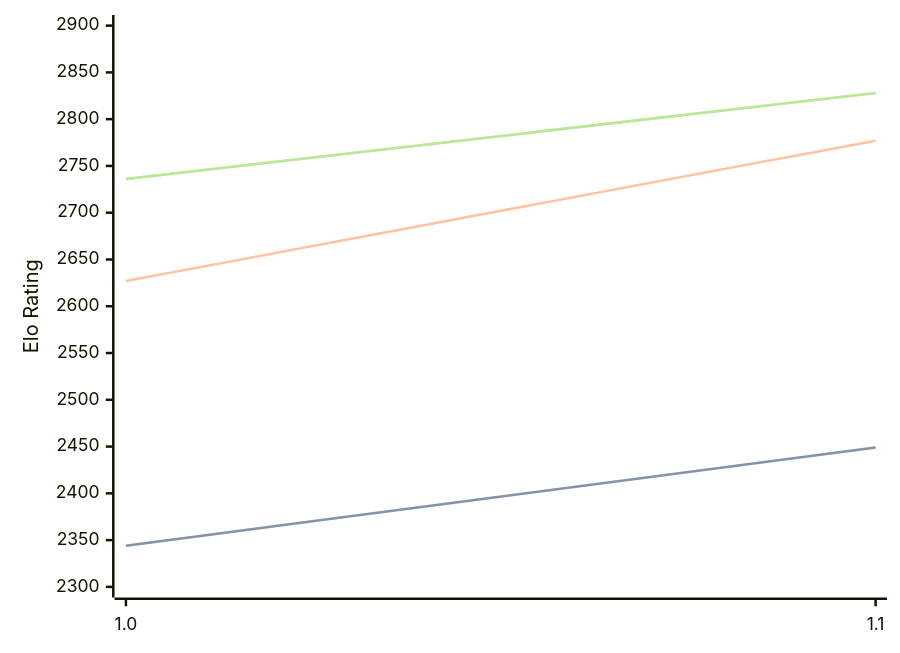
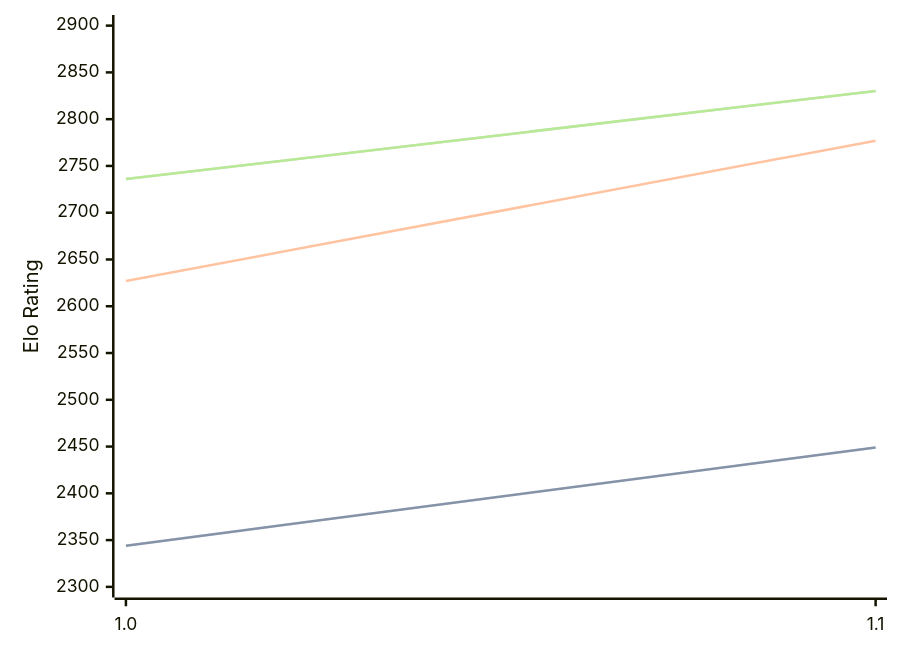
The diagram in engines/Casanchess.md (computer-chess-index/cci), drawn with Mermaid before and after one commit. The commit also changed other lines of this file, not shown here.

Commit message:
Update CCI Ratings (ELO VLTC) - 2026-09-05

````diff
--- a/engines/Casanchess.md
+++ b/engines/Casanchess.md
@@ -32,11 +32,11 @@
 ```mermaid
 %%{init: {"theme":"base","themeVariables":{"seriesColors:['#a3a3a3','#222221','#faa371']}}}%%
 xychart-beta
   x-axis ["1.0", "1.1"]
   y-axis "Elo Rating" 2300 --> 2900
   line "" [2344, 2449]
   line "STC (8.0+0.08s)" [2344, 2449]
   line "LTC (60.0+0.60s)" [2627, 2777]
-  line "" [2736, 2828]
-  line "VLTC (2m24s+1.12s)" [2736, 2828]
+  line "" [2736, 2830]
+  line "VLTC (2m24s+1.12s)" [2736, 2830]
 ```
````
